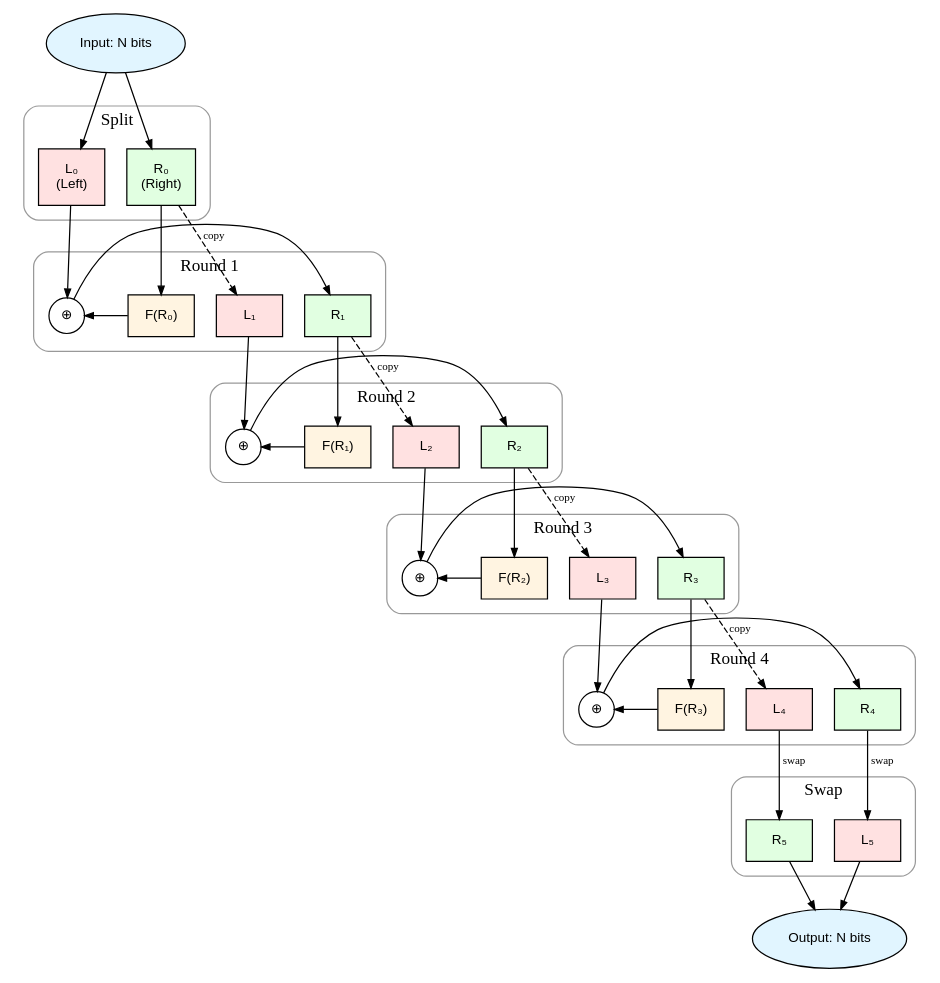
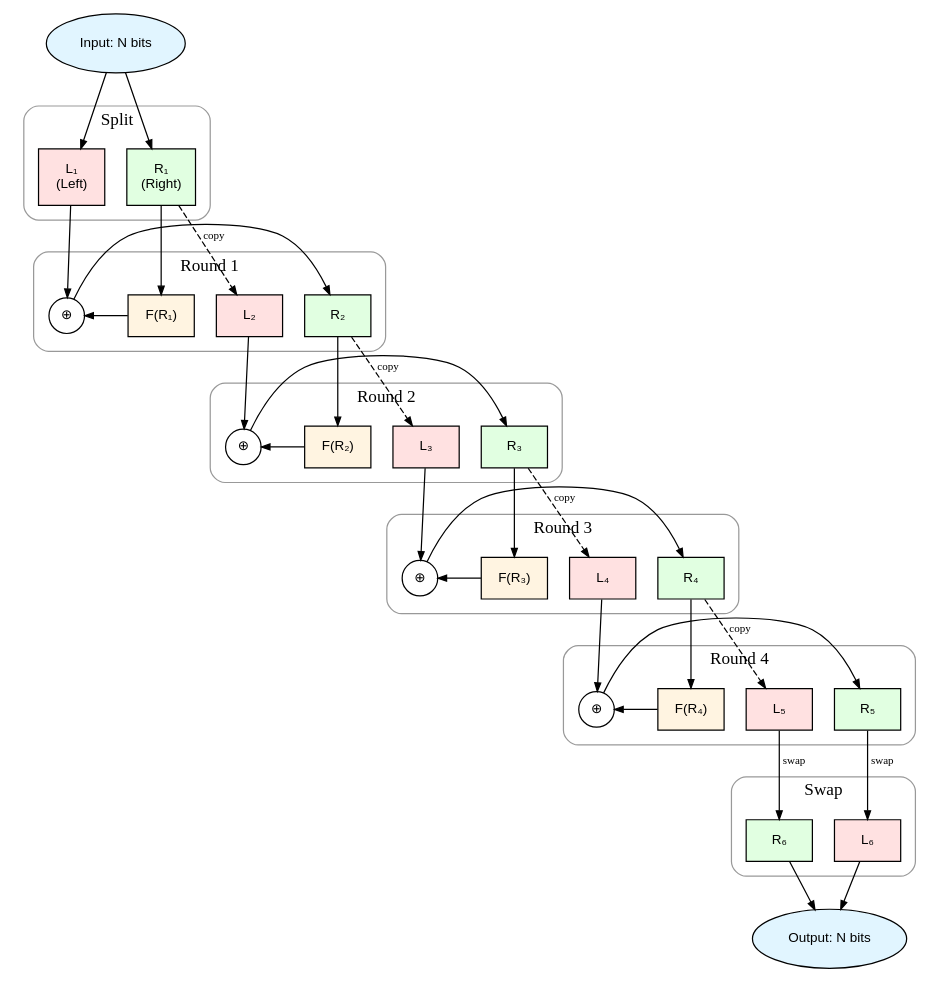
One commit to devall-org/feistel_cipher changed the diagram in assets/feistel-diagram.dot. Above: the diagram before and after it, drawn with Graphviz. The commit also changed 6 other files, not shown here.

```diff
--- a/assets/feistel-diagram.dot
+++ b/assets/feistel-diagram.dot
@@ -1,124 +1,124 @@
 digraph feistel {
     rankdir=TB;
     node [shape=box, style=filled, fontname="Arial", fontsize=11, margin=0.15, height=0.4];
     edge [arrowsize=0.7];
     
     // Input
     input [label="Input: N bits", fillcolor="#e1f5ff", shape=ellipse];
     
     // Split
     subgraph cluster_0 {
         label="Split";
         style=rounded;
         color="#999999";
         margin=12;
-        L0 [label="L₀\n(Left)", fillcolor="#ffe1e1"];
-        R0 [label="R₀\n(Right)", fillcolor="#e1ffe1"];
-        {rank=same; L0; R0;}
+        L1 [label="L₁\n(Left)", fillcolor="#ffe1e1"];
+        R1 [label="R₁\n(Right)", fillcolor="#e1ffe1"];
+        {rank=same; L1; R1;}
     }
     
     // Round 1
     subgraph cluster_1 {
         label="Round 1";
         style=rounded;
         color="#999999";
         margin=12;
-        L1 [label="L₁", fillcolor="#ffe1e1"];
-        F1 [label="F(R₀)", fillcolor="#fff4e1"];
+        L2 [label="L₂", fillcolor="#ffe1e1"];
+        F1 [label="F(R₁)", fillcolor="#fff4e1"];
         XOR1 [label="⊕", fillcolor="white", shape=circle, width=0.4, fixedsize=true];
-        R1 [label="R₁", fillcolor="#e1ffe1"];
-        {rank=same; L1; F1; XOR1; R1;}
+        R2 [label="R₂", fillcolor="#e1ffe1"];
+        {rank=same; L2; F1; XOR1; R2;}
     }
     
     // Round 2
     subgraph cluster_2 {
         label="Round 2";
         style=rounded;
         color="#999999";
         margin=12;
-        L2 [label="L₂", fillcolor="#ffe1e1"];
-        F2 [label="F(R₁)", fillcolor="#fff4e1"];
+        L3 [label="L₃", fillcolor="#ffe1e1"];
+        F2 [label="F(R₂)", fillcolor="#fff4e1"];
         XOR2 [label="⊕", fillcolor="white", shape=circle, width=0.4, fixedsize=true];
-        R2 [label="R₂", fillcolor="#e1ffe1"];
-        {rank=same; L2; F2; XOR2; R2;}
+        R3 [label="R₃", fillcolor="#e1ffe1"];
+        {rank=same; L3; F2; XOR2; R3;}
     }
     
     // Round 3
     subgraph cluster_3 {
         label="Round 3";
         style=rounded;
         color="#999999";
         margin=12;
-        L3 [label="L₃", fillcolor="#ffe1e1"];
-        F3 [label="F(R₂)", fillcolor="#fff4e1"];
+        L4 [label="L₄", fillcolor="#ffe1e1"];
+        F3 [label="F(R₃)", fillcolor="#fff4e1"];
         XOR3 [label="⊕", fillcolor="white", shape=circle, width=0.4, fixedsize=true];
-        R3 [label="R₃", fillcolor="#e1ffe1"];
-        {rank=same; L3; F3; XOR3; R3;}
+        R4 [label="R₄", fillcolor="#e1ffe1"];
+        {rank=same; L4; F3; XOR3; R4;}
     }
     
     // Round 4
     subgraph cluster_4 {
         label="Round 4";
         style=rounded;
         color="#999999";
         margin=12;
-        L4 [label="L₄", fillcolor="#ffe1e1"];
-        F4 [label="F(R₃)", fillcolor="#fff4e1"];
+        L5 [label="L₅", fillcolor="#ffe1e1"];
+        F4 [label="F(R₄)", fillcolor="#fff4e1"];
         XOR4 [label="⊕", fillcolor="white", shape=circle, width=0.4, fixedsize=true];
-        R4 [label="R₄", fillcolor="#e1ffe1"];
-        {rank=same; L4; F4; XOR4; R4;}
+        R5 [label="R₅", fillcolor="#e1ffe1"];
+        {rank=same; L5; F4; XOR4; R5;}
     }
     
     // Swap
     subgraph cluster_5 {
         label="Swap";
         style=rounded;
         color="#999999";
         margin=12;
-        L5 [label="L₅", fillcolor="#ffe1e1"];
-        R5 [label="R₅", fillcolor="#e1ffe1"];
-        {rank=same; L5; R5;}
+        L6 [label="L₆", fillcolor="#ffe1e1"];
+        R6 [label="R₆", fillcolor="#e1ffe1"];
+        {rank=same; L6; R6;}
     }
     
     // Output
     output [label="Output: N bits", fillcolor="#e1f5ff", shape=ellipse];
     
     // Connections
-    input -> L0 [weight=2];
-    input -> R0 [weight=2];
+    input -> L1 [weight=2];
+    input -> R1 [weight=2];
     
     // Round 1
-    L0 -> XOR1;
-    R0 -> F1;
-    R0 -> L1 [style=dashed, label="copy", fontsize=9];
+    L1 -> XOR1;
+    R1 -> F1;
+    R1 -> L2 [style=dashed, label="copy", fontsize=9];
     F1 -> XOR1;
-    XOR1 -> R1;
+    XOR1 -> R2;
     
     // Round 2
-    L1 -> XOR2;
-    R1 -> F2;
-    R1 -> L2 [style=dashed, label="copy", fontsize=9];
+    L2 -> XOR2;
+    R2 -> F2;
+    R2 -> L3 [style=dashed, label="copy", fontsize=9];
     F2 -> XOR2;
-    XOR2 -> R2;
+    XOR2 -> R3;
     
     // Round 3
-    L2 -> XOR3;
-    R2 -> F3;
-    R2 -> L3 [style=dashed, label="copy", fontsize=9];
+    L3 -> XOR3;
+    R3 -> F3;
+    R3 -> L4 [style=dashed, label="copy", fontsize=9];
     F3 -> XOR3;
-    XOR3 -> R3;
+    XOR3 -> R4;
     
     // Round 4
-    L3 -> XOR4;
-    R3 -> F4;
-    R3 -> L4 [style=dashed, label="copy", fontsize=9];
+    L4 -> XOR4;
+    R4 -> F4;
+    R4 -> L5 [style=dashed, label="copy", fontsize=9];
     F4 -> XOR4;
-    XOR4 -> R4;
+    XOR4 -> R5;
     
     // Swap
-    L4 -> R5 [label="swap", fontsize=9];
-    R4 -> L5 [label="swap", fontsize=9];
+    L5 -> R6 [label="swap", fontsize=9];
+    R5 -> L6 [label="swap", fontsize=9];
     
-    L5 -> output [weight=2];
-    R5 -> output [weight=2];
+    L6 -> output [weight=2];
+    R6 -> output [weight=2];
 }
```
